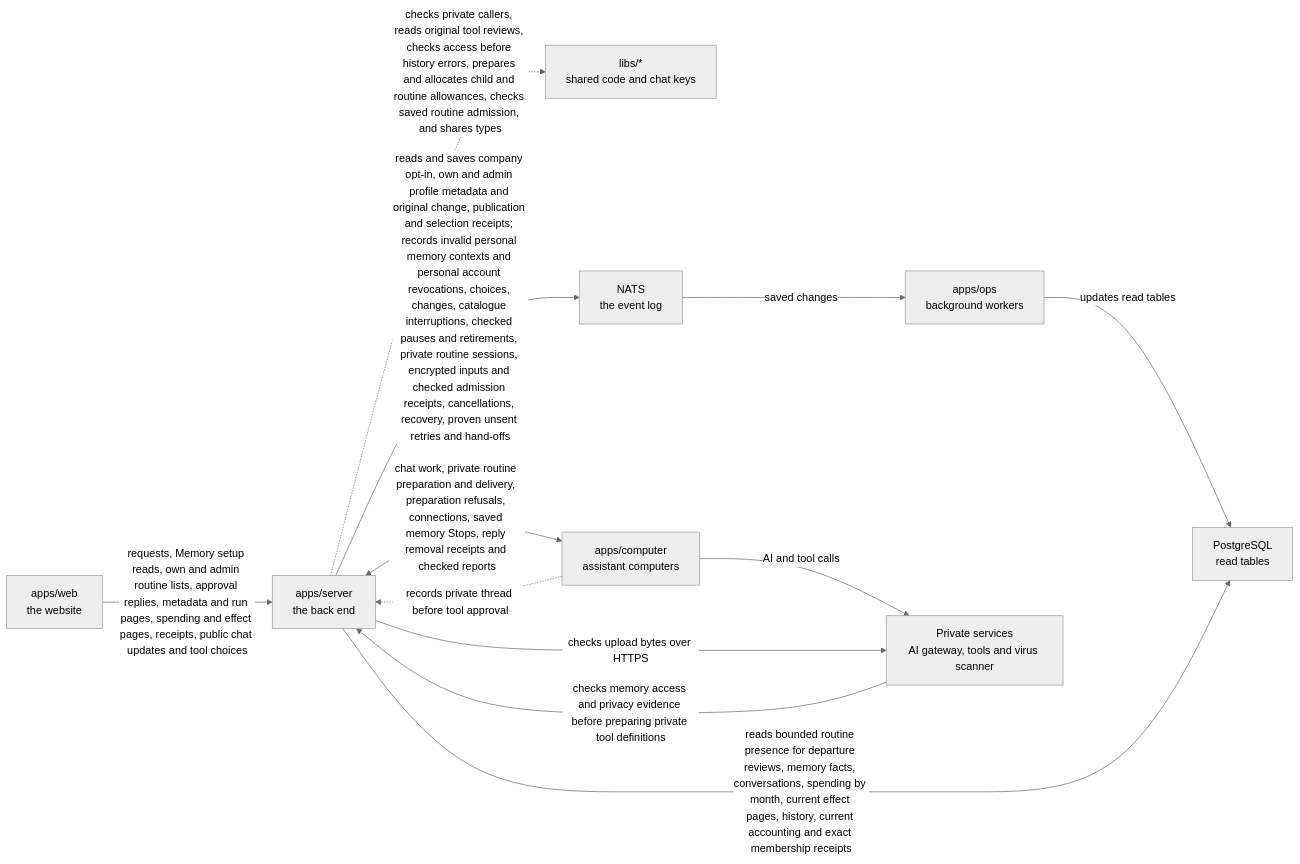
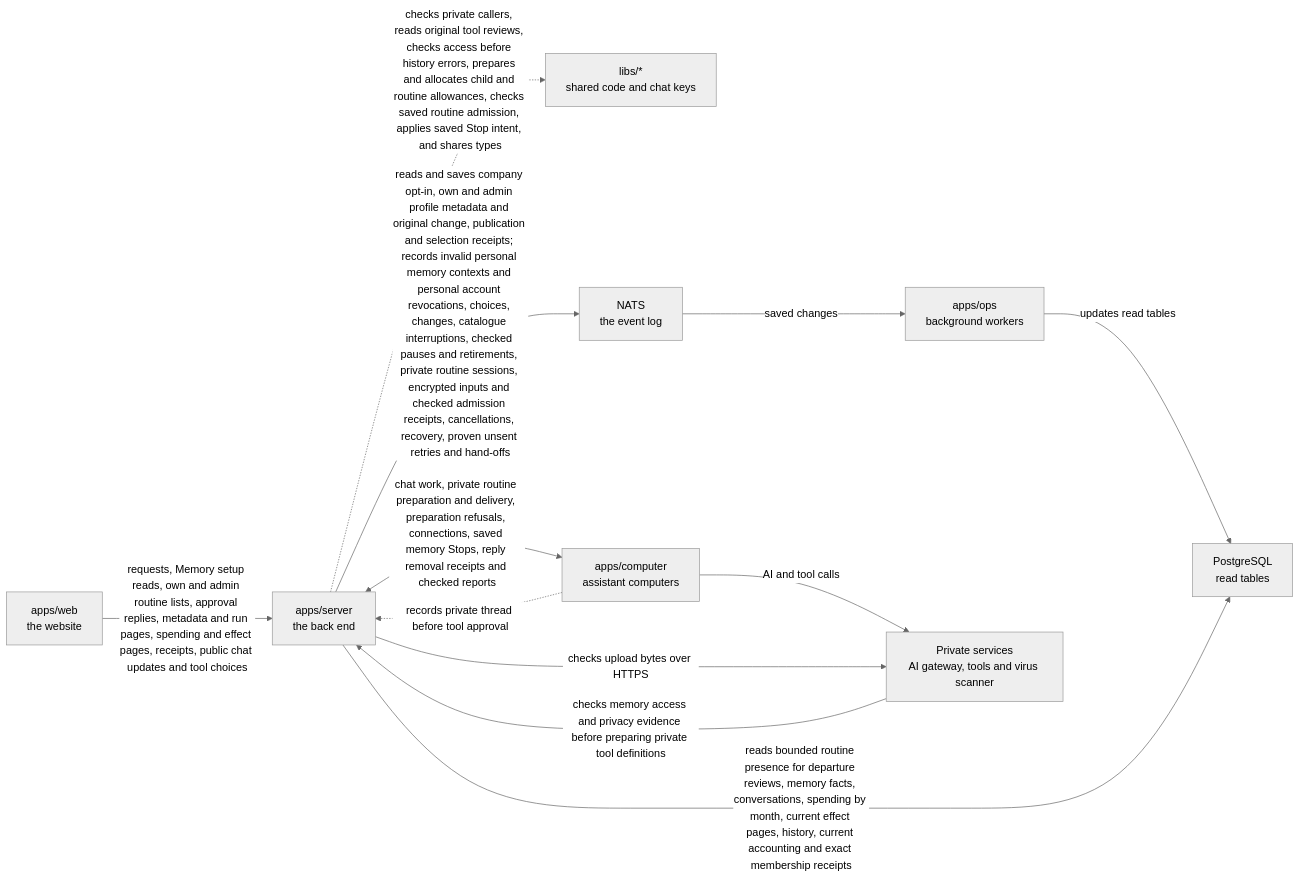
One commit to elewa-git/opencrane-new changed the diagram in apps/server/README.md. Above: the diagram before and after it, drawn with Mermaid (neutral theme). The commit also changed other lines of this file and 15 other files, not shown here.

First line of the commit message:
⏱️ The owner's routine Stop intent is saved once and its budget Stop recovers even after late completions (#784)

````diff
--- a/apps/server/README.md
+++ b/apps/server/README.md
@@ -114,14 +117,14 @@
 ```mermaid
 flowchart LR
   web["apps/web<br/>the website"] -->|requests, Memory setup reads, own and admin routine lists, approval replies, metadata and run pages, spending and effect pages, receipts, public chat updates and tool choices| server["apps/server<br/>the back end"]
-  server -.->|checks private callers, reads original tool reviews, checks access before history errors, prepares and allocates child and routine allowances, checks saved routine admission, and shares types| libs["libs/*<br/>shared code and chat keys"]
+  server -.->|checks private callers, reads original tool reviews, checks access before history errors, prepares and allocates child and routine allowances, checks saved routine admission, applies saved Stop intent, and shares types| libs["libs/*<br/>shared code and chat keys"]
   server -->|reads and saves company opt-in, own and admin profile metadata and original change, publication and selection receipts; records invalid personal memory contexts and personal account revocations, choices, changes, catalogue interruptions, checked pauses and retirements, private routine sessions, encrypted inputs and checked admission receipts, cancellations, recovery, proven unsent retries and hand-offs| nats["NATS<br/>the event log"]
   nats -->|saved changes| ops["apps/ops<br/>background workers"]
   ops -->|updates read tables| postgres["PostgreSQL<br/>read tables"]
   server -->|reads bounded routine presence for departure reviews, memory facts, conversations, spending by month, current effect pages, history, current accounting and exact membership receipts| postgres
   server <-->|chat work, private routine preparation and delivery, preparation refusals, connections, saved memory Stops, reply removal receipts and checked reports| computer["apps/computer<br/>assistant computers"]
   computer -.->|records private thread before tool approval| server
   computer -->|AI and tool calls| runtime["Private services<br/>AI gateway, tools and virus scanner"]
   server -->|checks upload bytes over HTTPS| runtime
   runtime -->|checks memory access and privacy evidence before preparing private tool definitions| server
 ```
````
